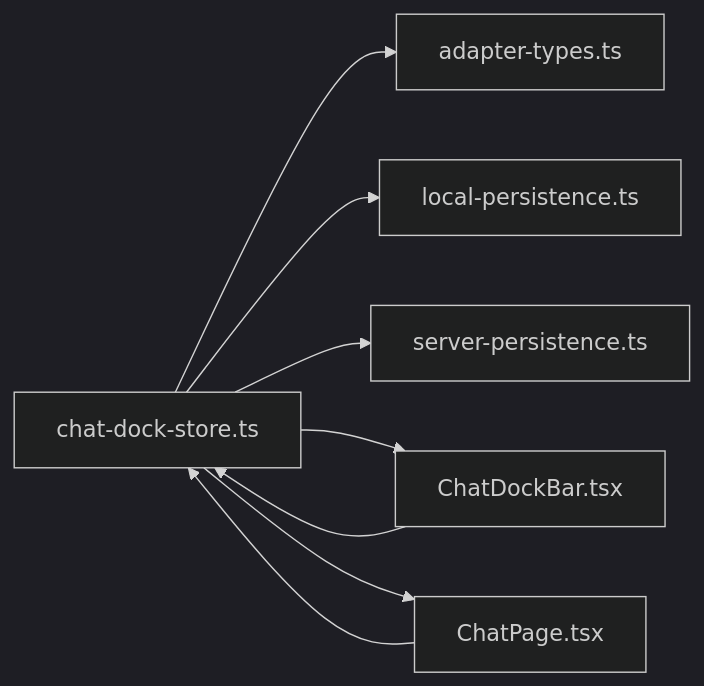
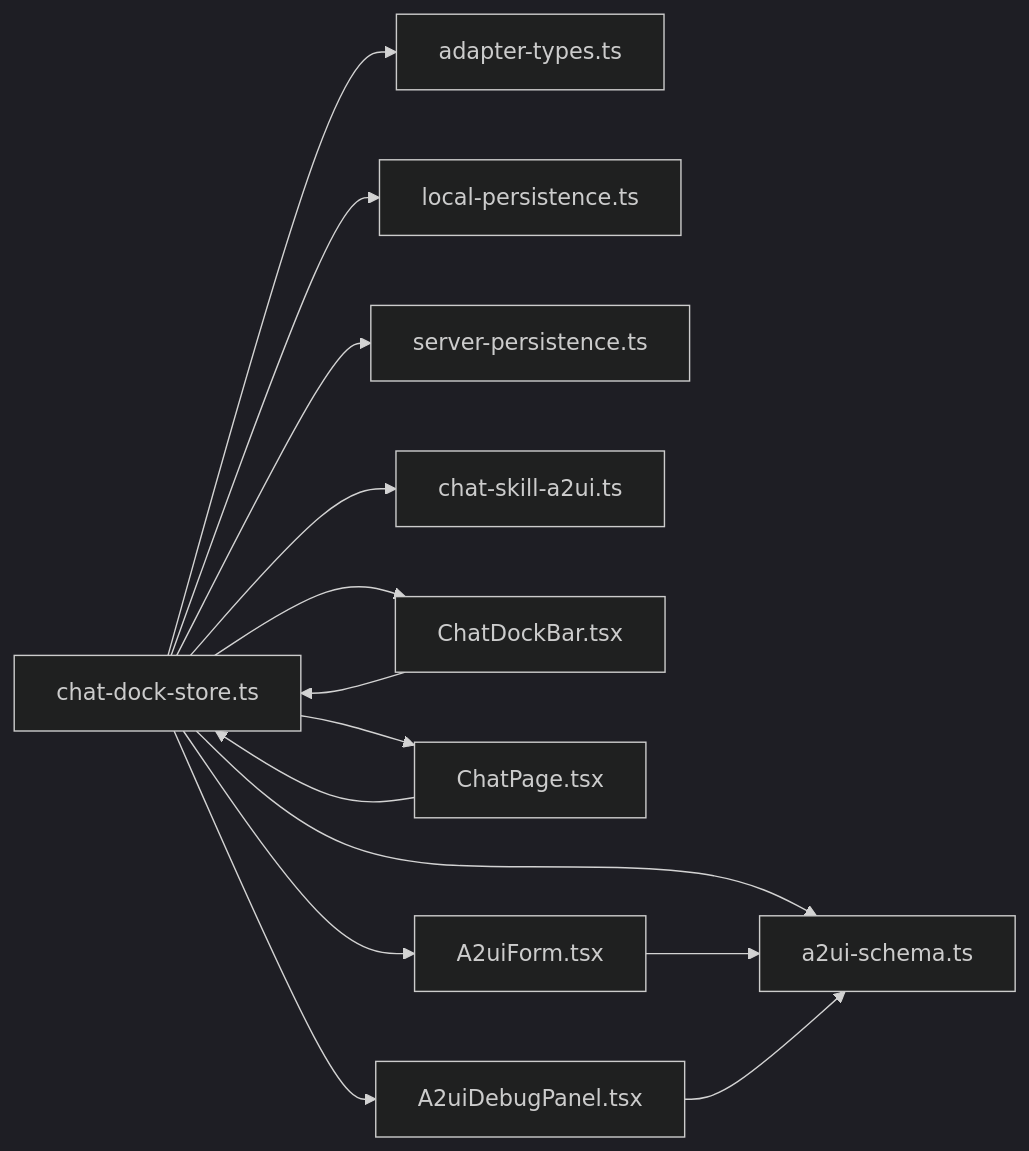
The ninth of 9 diagrams in .qoder/repowiki/zh/content/状态管理系统/控制台 Store 系统/聊天停靠 Store.md (WW-AI-Lab/openclaw-office), drawn with Mermaid (dark theme) before and after one commit. The commit also changed other lines of this file and 36 other files, not shown here.

````diff
--- a/.qoder/repowiki/zh/content/状态管理系统/控制台 Store 系统/聊天停靠 Store.md
+++ b/.qoder/repowiki/zh/content/状态管理系统/控制台 Store 系统/聊天停靠 Store.md
@@ -394,10 +513,16 @@
 ```mermaid
 graph LR
 Store["chat-dock-store.ts"] --> Types["adapter-types.ts"]
 Store --> Local["local-persistence.ts"]
 Store --> Server["server-persistence.ts"]
+Store --> A2UI["a2ui-schema.ts"]
+Store --> SkillA2UI["chat-skill-a2ui.ts"]
 UI1["ChatDockBar.tsx"] --> Store
 UI2["ChatPage.tsx"] --> Store
+UI3["A2uiForm.tsx"] --> A2UI
+UI4["A2uiDebugPanel.tsx"] --> A2UI
 Store --> UI1
 Store --> UI2
+Store --> UI3
+Store --> UI4
 ```
````
